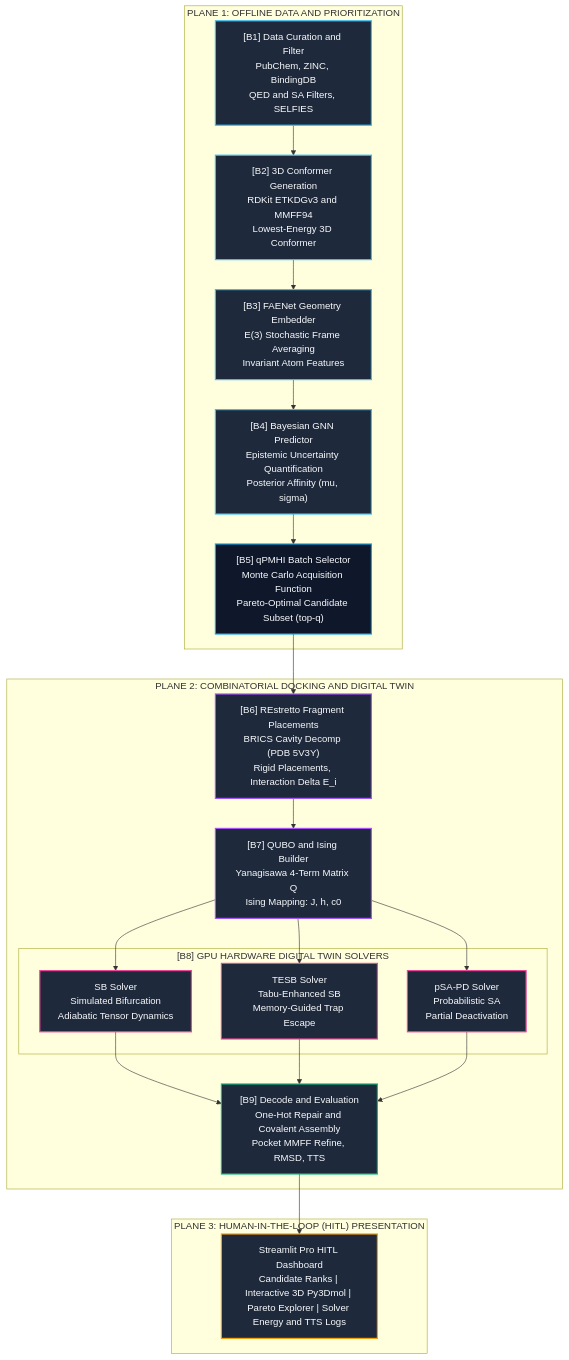
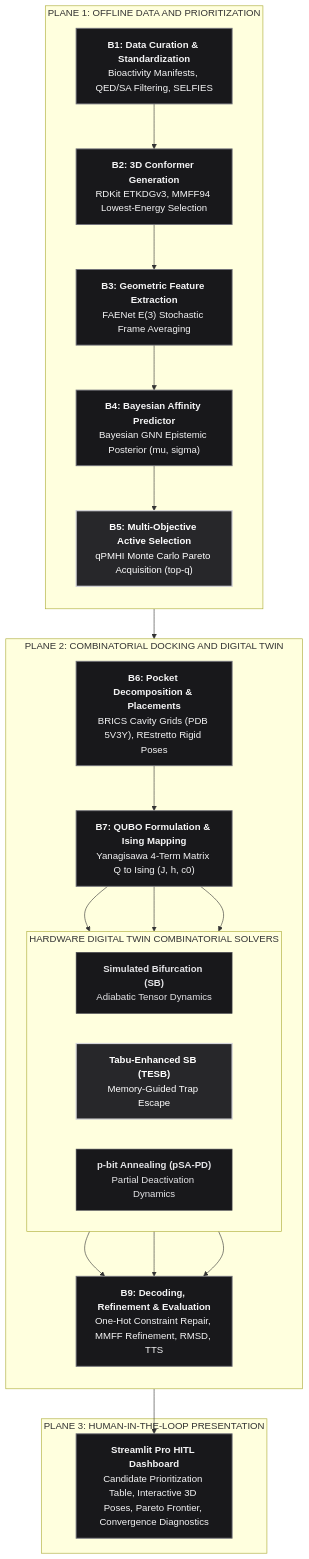
The first of 2 diagrams in README.md (Camn0/xtubit), drawn with Mermaid before and after one commit. The commit also changed other lines of this file, not shown here.

Commit message:
docs: use monochrome diagrams, fix LaTeX operatorname macros, and refine documentation tone

````diff
--- a/README.md
+++ b/README.md
@@ -86,49 +86,49 @@
 ```mermaid
 flowchart TD
-    classDef dataCard fill:#1e293b,stroke:#38bdf8,stroke-width:2px,color:#f8fafc;
-    classDef qpmhiCard fill:#0f172a,stroke:#0ea5e9,stroke-width:2px,color:#f8fafc;
-    classDef dockCard fill:#1e293b,stroke:#a855f7,stroke-width:2px,color:#f8fafc;
-    classDef solveCard fill:#1e293b,stroke:#ec4899,stroke-width:2px,color:#f8fafc;
-    classDef evalCard fill:#1e293b,stroke:#10b981,stroke-width:2px,color:#f8fafc;
-    classDef uiCard fill:#1e293b,stroke:#f59e0b,stroke-width:2px,color:#f8fafc;
+    classDef paperNode fill:#18181b,stroke:#71717a,stroke-width:1.5px,color:#f4f4f5;
+    classDef paperKey fill:#27272a,stroke:#d4d4d8,stroke-width:2px,color:#ffffff;
+    classDef paperSub fill:#18181b,stroke:#52525b,stroke-width:1px,color:#e4e4e7;
 
     subgraph Plane1["PLANE 1: OFFLINE DATA AND PRIORITIZATION"]
-        B1["[B1] Data Curation and Filter<br/>PubChem, ZINC, BindingDB<br/>QED and SA Filters, SELFIES"]:::dataCard
-        B2["[B2] 3D Conformer Generation<br/>RDKit ETKDGv3 and MMFF94<br/>Lowest-Energy 3D Conformer"]:::dataCard
-        B3["[B3] FAENet Geometry Embedder<br/>E(3) Stochastic Frame Averaging<br/>Invariant Atom Features"]:::dataCard
-        B4["[B4] Bayesian GNN Predictor<br/>Epistemic Uncertainty Quantification<br/>Posterior Affinity (mu, sigma)"]:::dataCard
-        B5["[B5] qPMHI Batch Selector<br/>Monte Carlo Acquisition Function<br/>Pareto-Optimal Candidate Subset (top-q)"]:::qpmhiCard
+        direction TB
+        B1["<b>B1: Data Curation & Standardization</b><br/>Bioactivity Manifests, QED/SA Filtering, SELFIES"]:::paperNode
+        B2["<b>B2: 3D Conformer Generation</b><br/>RDKit ETKDGv3, MMFF94 Lowest-Energy Selection"]:::paperNode
+        B3["<b>B3: Geometric Feature Extraction</b><br/>FAENet E(3) Stochastic Frame Averaging"]:::paperNode
+        B4["<b>B4: Bayesian Affinity Predictor</b><br/>Bayesian GNN Epistemic Posterior (mu, sigma)"]:::paperNode
+        B5["<b>B5: Multi-Objective Active Selection</b><br/>qPMHI Monte Carlo Pareto Acquisition (top-q)"]:::paperKey
 
         B1 --> B2
         B2 --> B3
         B3 --> B4
         B4 --> B5
     end
 
     subgraph Plane2["PLANE 2: COMBINATORIAL DOCKING AND DIGITAL TWIN"]
-        B6["[B6] REstretto Fragment Placements<br/>BRICS Cavity Decomp (PDB 5V3Y)<br/>Rigid Placements, Interaction Delta E_i"]:::dockCard
-        B7["[B7] QUBO and Ising Builder<br/>Yanagisawa 4-Term Matrix Q<br/>Ising Mapping: J, h, c0"]:::dockCard
-        
-        subgraph Solvers["[B8] GPU HARDWARE DIGITAL TWIN SOLVERS"]
-            B8_SB["SB Solver<br/>Simulated Bifurcation<br/>Adiabatic Tensor Dynamics"]:::solveCard
-            B8_TESB["TESB Solver<br/>Tabu-Enhanced SB<br/>Memory-Guided Trap Escape"]:::solveCard
-            B8_PSA["pSA-PD Solver<br/>Probabilistic SA<br/>Partial Deactivation"]:::solveCard
+        direction TB
+        B6["<b>B6: Pocket Decomposition & Placements</b><br/>BRICS Cavity Grids (PDB 5V3Y), REstretto Rigid Poses"]:::paperNode
+        B7["<b>B7: QUBO Formulation & Ising Mapping</b><br/>Yanagisawa 4-Term Matrix Q to Ising (J, h, c0)"]:::paperNode
+
+        subgraph Solvers["HARDWARE DIGITAL TWIN COMBINATORIAL SOLVERS"]
+            direction LR
+            B8_SB["<b>Simulated Bifurcation (SB)</b><br/>Adiabatic Tensor Dynamics"]:::paperSub
+            B8_TESB["<b>Tabu-Enhanced SB (TESB)</b><br/>Memory-Guided Trap Escape"]:::paperKey
+            B8_PSA["<b>p-bit Annealing (pSA-PD)</b><br/>Partial Deactivation Dynamics"]:::paperSub
         end
 
-        B9["[B9] Decode and Evaluation<br/>One-Hot Repair and Covalent Assembly<br/>Pocket MMFF Refine, RMSD, TTS"]:::evalCard
+        B9["<b>B9: Decoding, Refinement & Evaluation</b><br/>One-Hot Constraint Repair, MMFF Refinement, RMSD, TTS"]:::paperNode
 
         B5 --> B6
         B6 --> B7
         B7 --> B8_SB
         B7 --> B8_TESB
         B7 --> B8_PSA
         B8_SB --> B9
         B8_TESB --> B9
         B8_PSA --> B9
     end
 
-    subgraph Plane3["PLANE 3: HUMAN-IN-THE-LOOP (HITL) PRESENTATION"]
-        DASH["Streamlit Pro HITL Dashboard<br/>Candidate Ranks | Interactive 3D Py3Dmol | Pareto Explorer | Solver Energy and TTS Logs"]:::uiCard
+    subgraph Plane3["PLANE 3: HUMAN-IN-THE-LOOP PRESENTATION"]
+        DASH["<b>Streamlit Pro HITL Dashboard</b><br/>Candidate Prioritization Table, Interactive 3D Poses, Pareto Frontier, Convergence Diagnostics"]:::paperNode
         B9 --> DASH
     end
 ```
````
